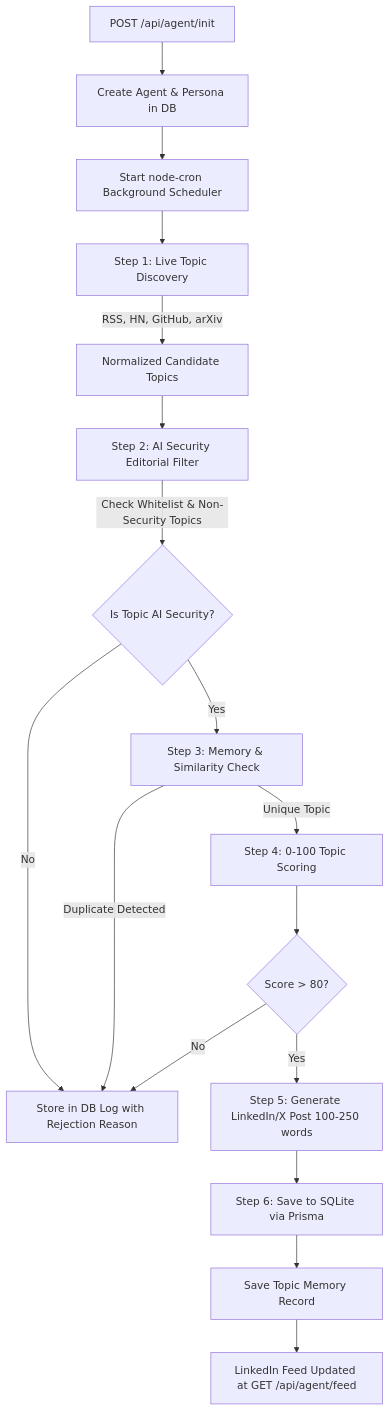
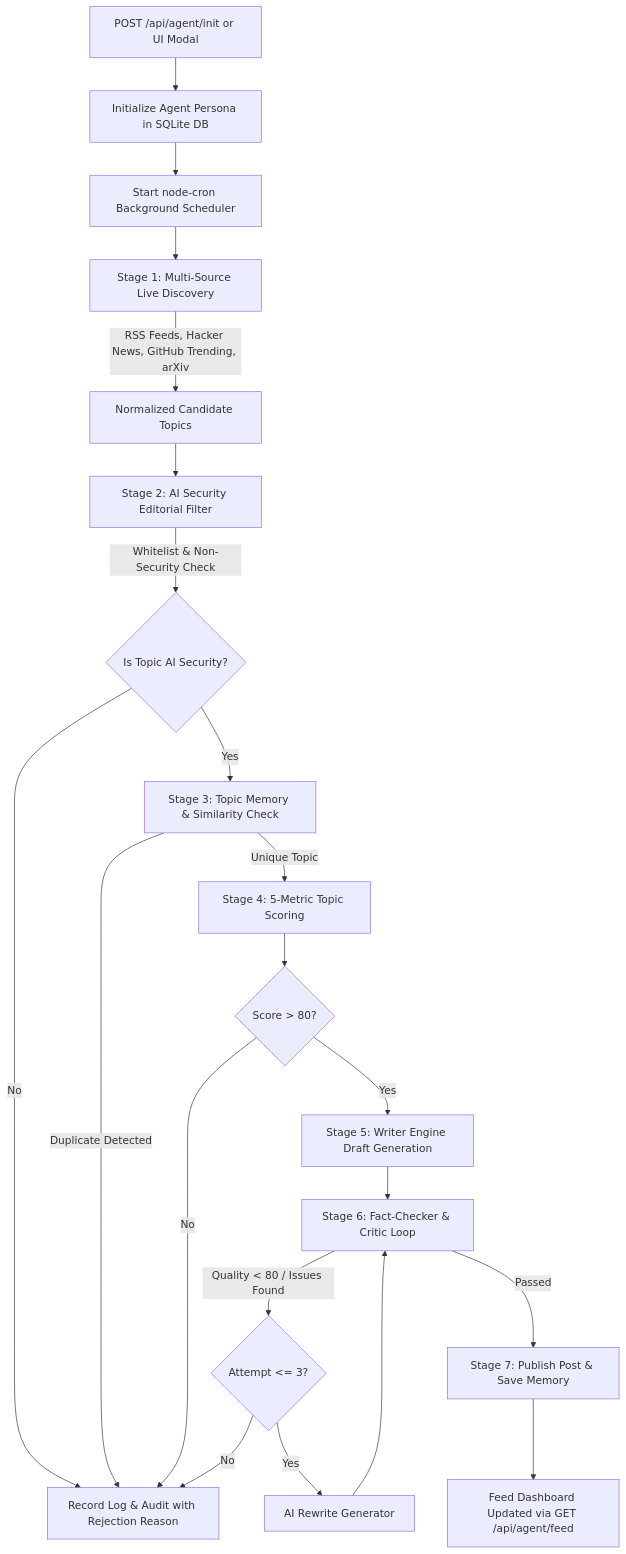
Before and after one commit to aayushirawat0987-ops/autonomous-ai-: the diagram in README.md, drawn with Mermaid. The commit also changed other lines of this file and 12 other files, not shown here.

Commit message:
feat: Light Premium UI redesign and AI Security content quality upgrade

````diff
--- a/README.md
+++ b/README.md
@@ -22,19 +52,23 @@
 ```mermaid
 flowchart TD
-    A[POST /api/agent/init] --> B[Create Agent & Persona in DB]
+    A[POST /api/agent/init or UI Modal] --> B[Initialize Agent Persona in SQLite DB]
     B --> C[Start node-cron Background Scheduler]
-    C --> D[Step 1: Live Topic Discovery]
-    D -->|RSS, HN, GitHub, arXiv| E[Normalized Candidate Topics]
-    E --> F[Step 2: AI Security Editorial Filter]
-    F -->|Check Whitelist & Non-Security Topics| G{Is Topic AI Security?}
-    G -->|No| H[Store in DB Log with Rejection Reason]
-    G -->|Yes| I[Step 3: Memory & Similarity Check]
+    C --> D[Stage 1: Multi-Source Live Discovery]
+    D -->|RSS Feeds, Hacker News, GitHub Trending, arXiv| E[Normalized Candidate Topics]
+    E --> F[Stage 2: AI Security Editorial Filter]
+    F -->|Whitelist & Non-Security Check| G{Is Topic AI Security?}
+    G -->|No| H[Record Log & Audit with Rejection Reason]
+    G -->|Yes| I[Stage 3: Topic Memory & Similarity Check]
     I -->|Duplicate Detected| H
-    I -->|Unique Topic| J[Step 4: 0-100 Topic Scoring]
+    I -->|Unique Topic| J[Stage 4: 5-Metric Topic Scoring]
     J --> K{Score > 80?}
     K -->|No| H
-    K -->|Yes| L[Step 5: Generate LinkedIn/X Post 100-250 words]
-    L --> M[Step 6: Save to SQLite via Prisma]
-    M --> N[Save Topic Memory Record]
-    N --> O[LinkedIn Feed Updated at GET /api/agent/feed]
+    K -->|Yes| L[Stage 5: Writer Engine Draft Generation]
+    L --> M[Stage 6: Fact-Checker & Critic Loop]
+    M -->|Quality < 80 / Issues Found| N{Attempt <= 3?}
+    N -->|Yes| O[AI Rewrite Generator]
+    O --> M
+    N -->|No| H
+    M -->|Passed| P[Stage 7: Publish Post & Save Memory]
+    P --> Q[Feed Dashboard Updated via GET /api/agent/feed]
 ```
````
